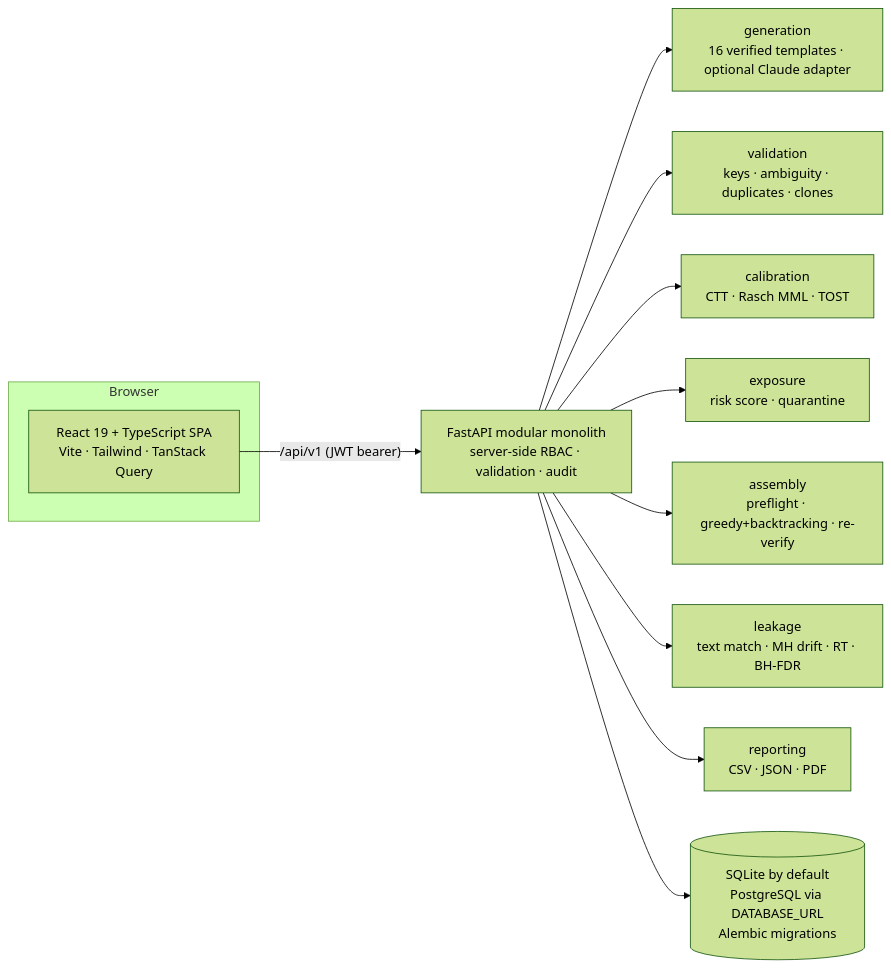
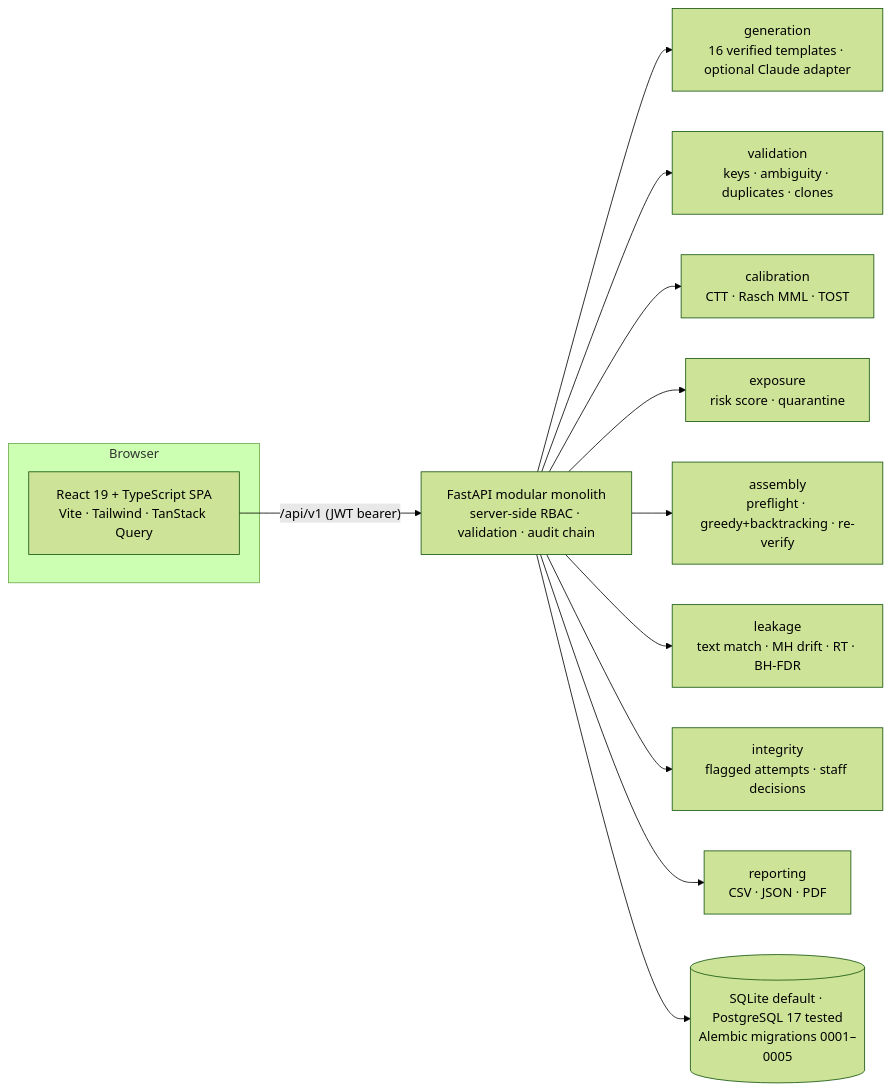
Before and after one commit to shauryasinghal/deviathon-aptiguard-ai: the diagram in README.md, drawn with Mermaid (forest theme). The commit also changed other lines of this file and 56 other files, not shown here.

````diff
--- a/README.md
+++ b/README.md
@@ -11,15 +13,16 @@
 ```mermaid
 flowchart LR
   subgraph Browser
     UI[React 19 + TypeScript SPA<br/>Vite · Tailwind · TanStack Query]
   end
-  UI -- "/api/v1 (JWT bearer)" --> API[FastAPI modular monolith<br/>server-side RBAC · validation · audit]
+  UI -- "/api/v1 (JWT bearer)" --> API[FastAPI modular monolith<br/>server-side RBAC · validation · audit chain]
   API --> GEN[generation<br/>16 verified templates · optional Claude adapter]
   API --> VAL[validation<br/>keys · ambiguity · duplicates · clones]
   API --> CAL[calibration<br/>CTT · Rasch MML · TOST]
   API --> EXP[exposure<br/>risk score · quarantine]
   API --> ASM[assembly<br/>preflight · greedy+backtracking · re-verify]
   API --> LEAK[leakage<br/>text match · MH drift · RT · BH-FDR]
+  API --> INT[integrity<br/>flagged attempts · staff decisions]
   API --> REP[reporting<br/>CSV · JSON · PDF]
-  API --> DB[(SQLite by default<br/>PostgreSQL via DATABASE_URL<br/>Alembic migrations)]
+  API --> DB[(SQLite default · PostgreSQL 17 tested<br/>Alembic migrations 0001–0005)]
 ```
````
